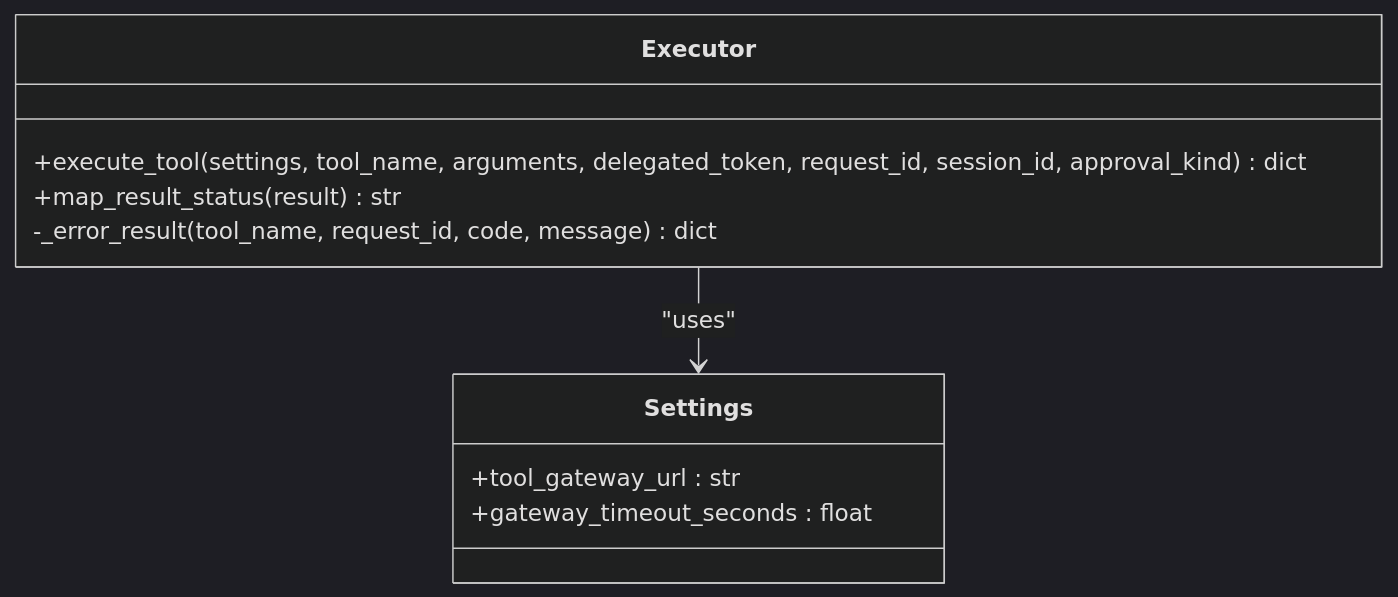
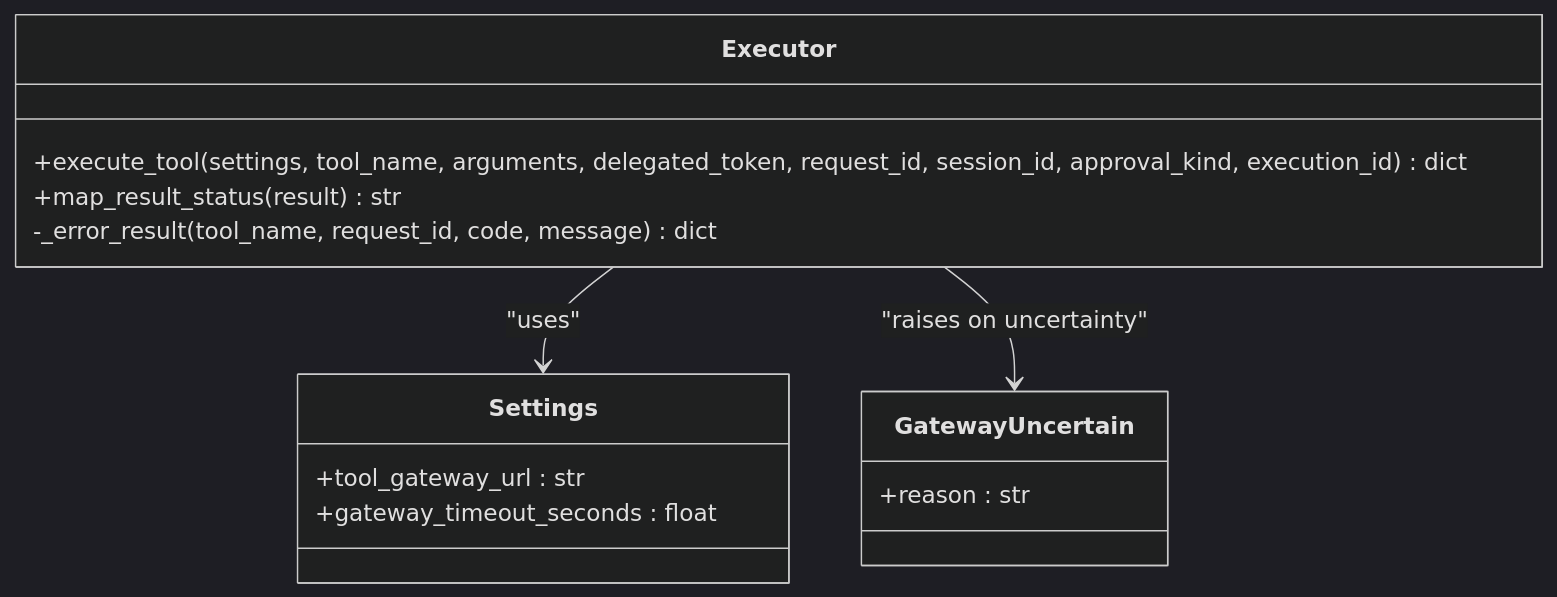
The fourth of 7 diagrams in .qoder/repowiki/en/content/Tool Execution Framework/Execution Runtime/Execution Runtime.md (metasync/luban-aiops), drawn with Mermaid (dark theme) before and after one commit. The commit also changed other lines of this file and 19 other files, not shown here.

````diff
--- a/.qoder/repowiki/en/content/Tool Execution Framework/Execution Runtime/Execution Runtime.md
+++ b/.qoder/repowiki/en/content/Tool Execution Framework/Execution Runtime/Execution Runtime.md
@@ -183,13 +218,17 @@
 ```mermaid
 classDiagram
 class Executor {
-+execute_tool(settings, tool_name, arguments, delegated_token, request_id, session_id, approval_kind) dict
++execute_tool(settings, tool_name, arguments, delegated_token, request_id, session_id, approval_kind, execution_id) dict
 +map_result_status(result) str
 -_error_result(tool_name, request_id, code, message) dict
 }
 class Settings {
 +tool_gateway_url : str
 +gateway_timeout_seconds : float
 }
+class GatewayUncertain {
++reason : str
+}
 Executor --> Settings : "uses"
+Executor --> GatewayUncertain : "raises on uncertainty"
 ```
````
